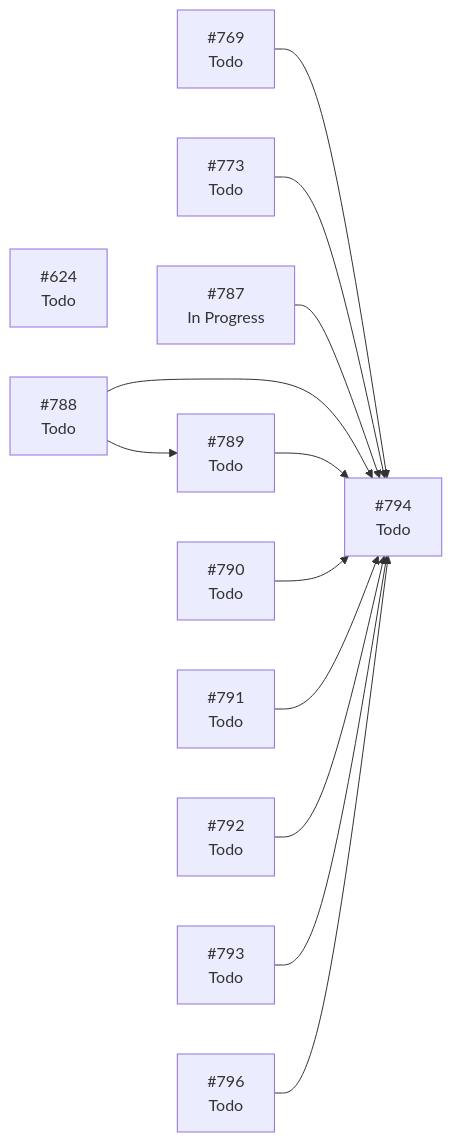
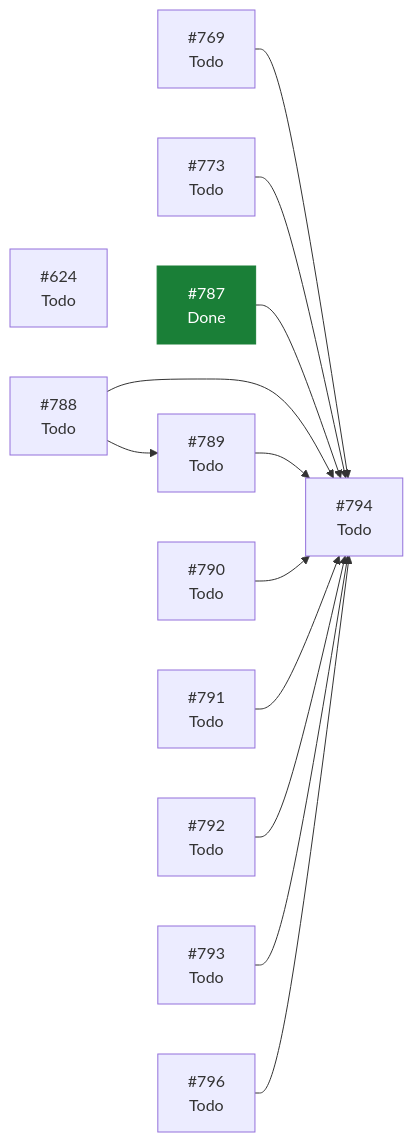
Before and after one commit to ecamp0s/evault: the diagram in docs/planning/STATUS.md, drawn with Mermaid. The commit also changed other lines of this file, not shown here.

````diff
--- a/docs/planning/STATUS.md
+++ b/docs/planning/STATUS.md
@@ -97,27 +96,28 @@
 ```mermaid
 graph LR
   I624["#624<br/>Todo"]
   I769["#769<br/>Todo"]
   I773["#773<br/>Todo"]
-  I787["#787<br/>In Progress"]
+  I787["#787<br/>Done"]
   I788["#788<br/>Todo"]
   I789["#789<br/>Todo"]
   I790["#790<br/>Todo"]
   I791["#791<br/>Todo"]
   I792["#792<br/>Todo"]
   I793["#793<br/>Todo"]
   I794["#794<br/>Todo"]
   I796["#796<br/>Todo"]
   I769 --> I794
   I773 --> I794
   I787 --> I794
   I788 --> I789
   I788 --> I794
   I789 --> I794
   I790 --> I794
   I791 --> I794
   I792 --> I794
   I793 --> I794
   I796 --> I794
   classDef hecho fill:#1a7f37,stroke:#1a7f37,color:#fff;
+  class I787 hecho;
 ```
````
